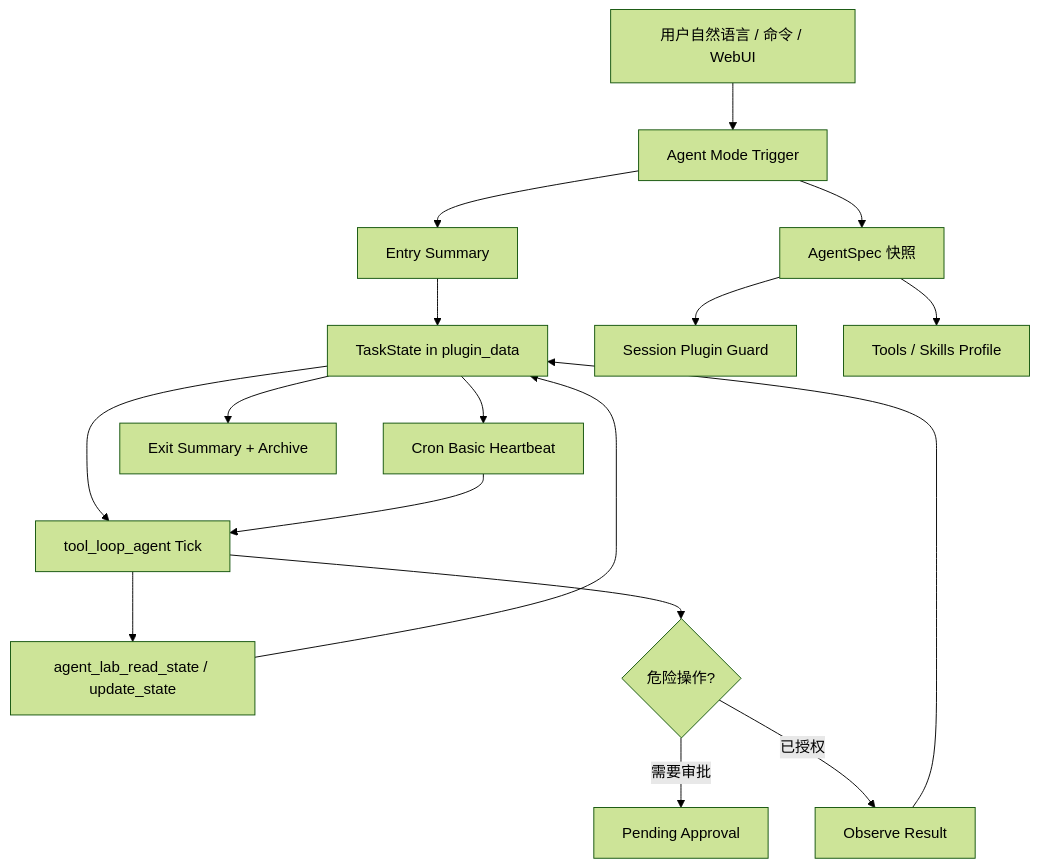
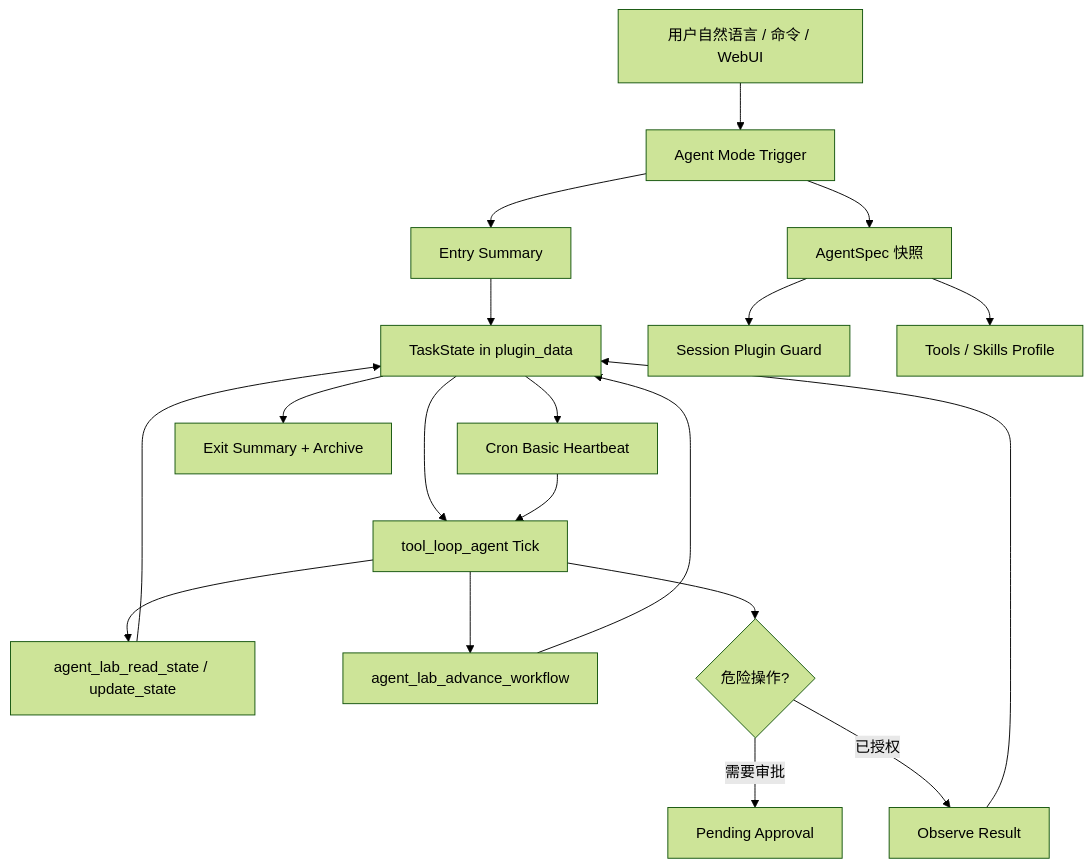
One commit to zzz27578/astrbot_plugin_agent_lab changed the diagram in docs/ARCHITECTURE.md. Above: the diagram before and after it, drawn with Mermaid (forest theme). The commit also changed other lines of this file and 11 other files, not shown here.

````diff
--- a/docs/ARCHITECTURE.md
+++ b/docs/ARCHITECTURE.md
@@ -5,19 +5,21 @@
 ```mermaid
 flowchart TD
     User["用户自然语言 / 命令 / WebUI"] --> Trigger["Agent Mode Trigger"]
     Trigger --> Spec["AgentSpec 快照"]
     Trigger --> Entry["Entry Summary"]
     Entry --> State["TaskState in plugin_data"]
     Spec --> Guard["Session Plugin Guard"]
     Spec --> Tools["Tools / Skills Profile"]
     State --> Runner["tool_loop_agent Tick"]
     Runner --> StateTools["agent_lab_read_state / update_state"]
     StateTools --> State
+    Runner --> FlowStep["agent_lab_advance_workflow"]
+    FlowStep --> State
     Runner --> Approval{"危险操作?"}
     Approval -->|需要审批| Pending["Pending Approval"]
     Approval -->|已授权| Observe["Observe Result"]
     Observe --> State
     State --> Heartbeat["Cron Basic Heartbeat"]
     Heartbeat --> Runner
     State --> Finish["Exit Summary + Archive"]
 ```
````
